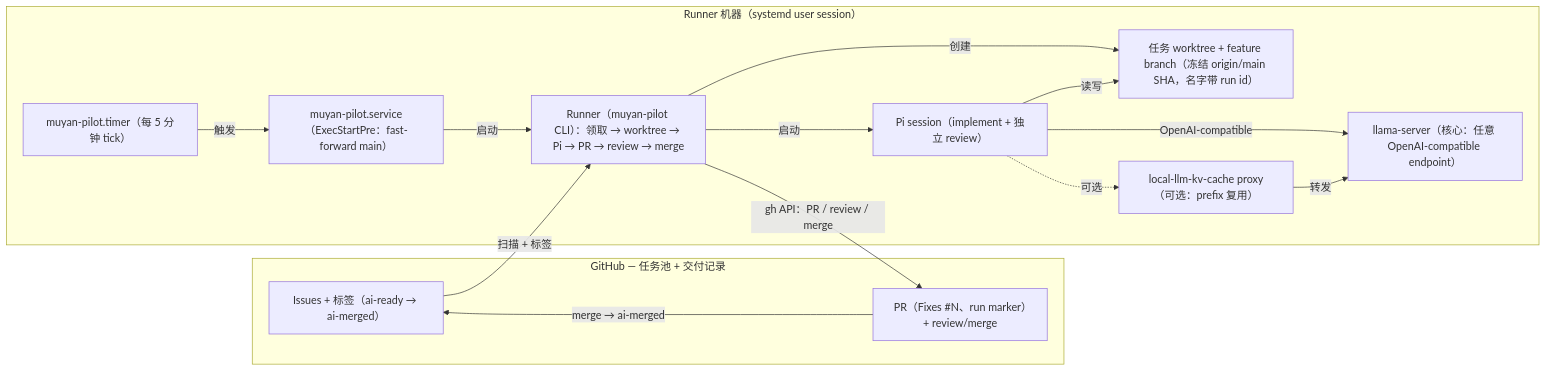
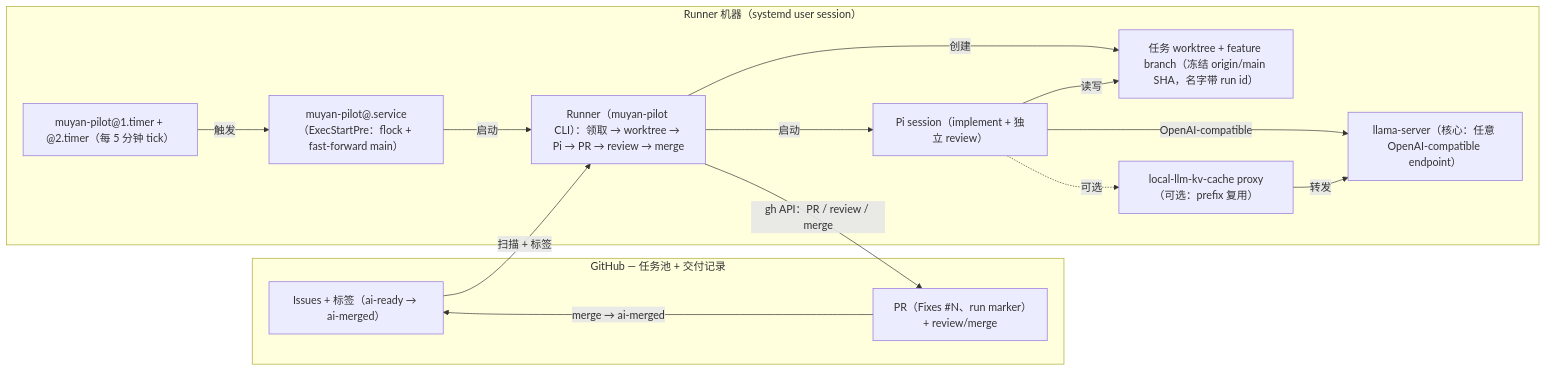
Before and after one commit to orbi-build/orbi: the diagram in docs/zh/index.mdx, drawn with Mermaid. The commit also changed 30 other files, not shown here.

````diff
--- a/docs/zh/index.mdx
+++ b/docs/zh/index.mdx
@@ -14,27 +14,27 @@
 ```mermaid
 flowchart LR
   subgraph github["GitHub — 任务池 + 交付记录"]
     issues["Issues + 标签（ai-ready → ai-merged）"]
     prs["PR（Fixes #N、run marker）+ review/merge"]
   end
   subgraph machine["Runner 机器（systemd user session）"]
-    timer["muyan-pilot.timer（每 5 分钟 tick）"]
-    service["muyan-pilot.service（ExecStartPre：fast-forward main）"]
+    timer["muyan-pilot@1.timer + @2.timer（每 5 分钟 tick）"]
+    service["muyan-pilot@.service（ExecStartPre：flock + fast-forward main）"]
     runner["Runner（muyan-pilot CLI）：领取 → worktree → Pi → PR → review → merge"]
     worktree["任务 worktree + feature branch（冻结 origin/main SHA，名字带 run id）"]
     pi["Pi session（implement + 独立 review）"]
     model["llama-server（核心：任意 OpenAI-compatible endpoint）"]
     proxy["local-llm-kv-cache proxy（可选：prefix 复用）"]
   end
   issues -->|扫描 + 标签| runner
   timer -->|触发| service
   service -->|启动| runner
   runner -->|创建| worktree
   runner -->|启动| pi
   pi -->|读写| worktree
   pi -->|OpenAI-compatible| model
   pi -.->|可选| proxy
   proxy -->|转发| model
   runner -->|gh API：PR / review / merge| prs
   prs -->|merge → ai-merged| issues
 ```
````
